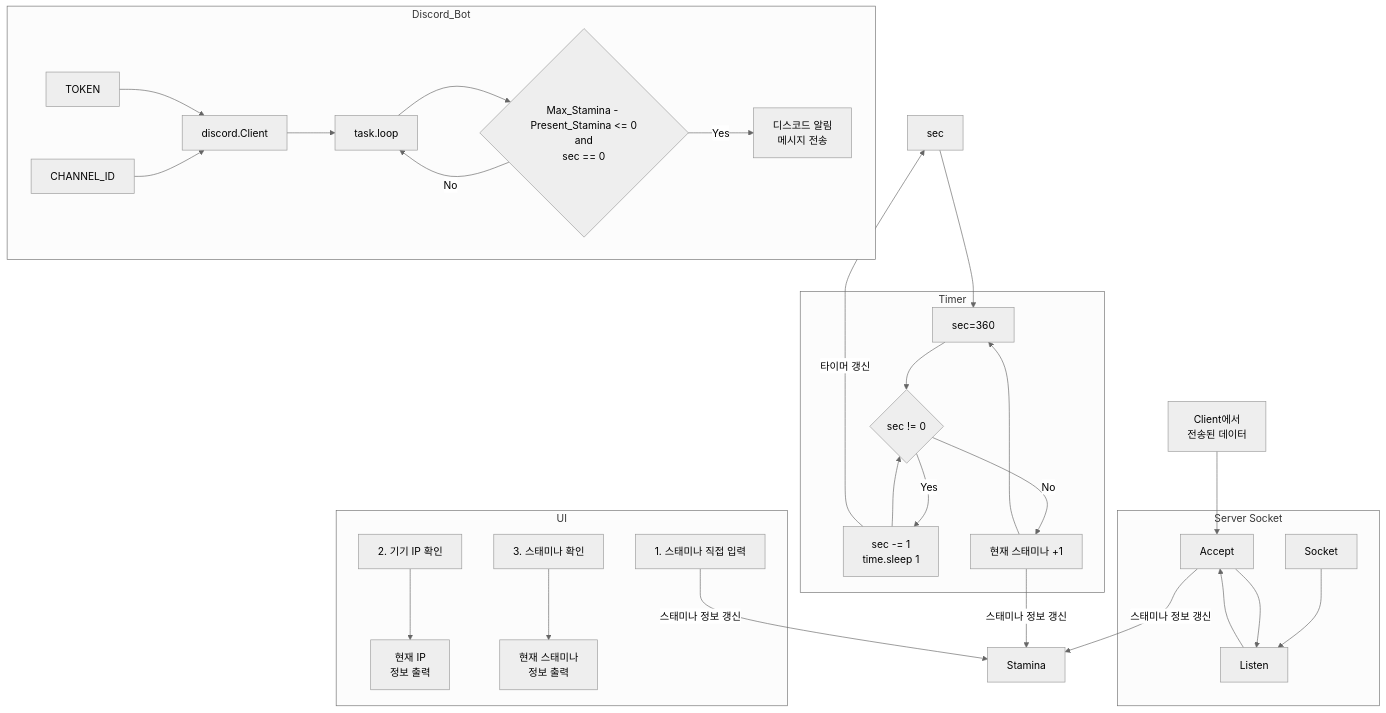
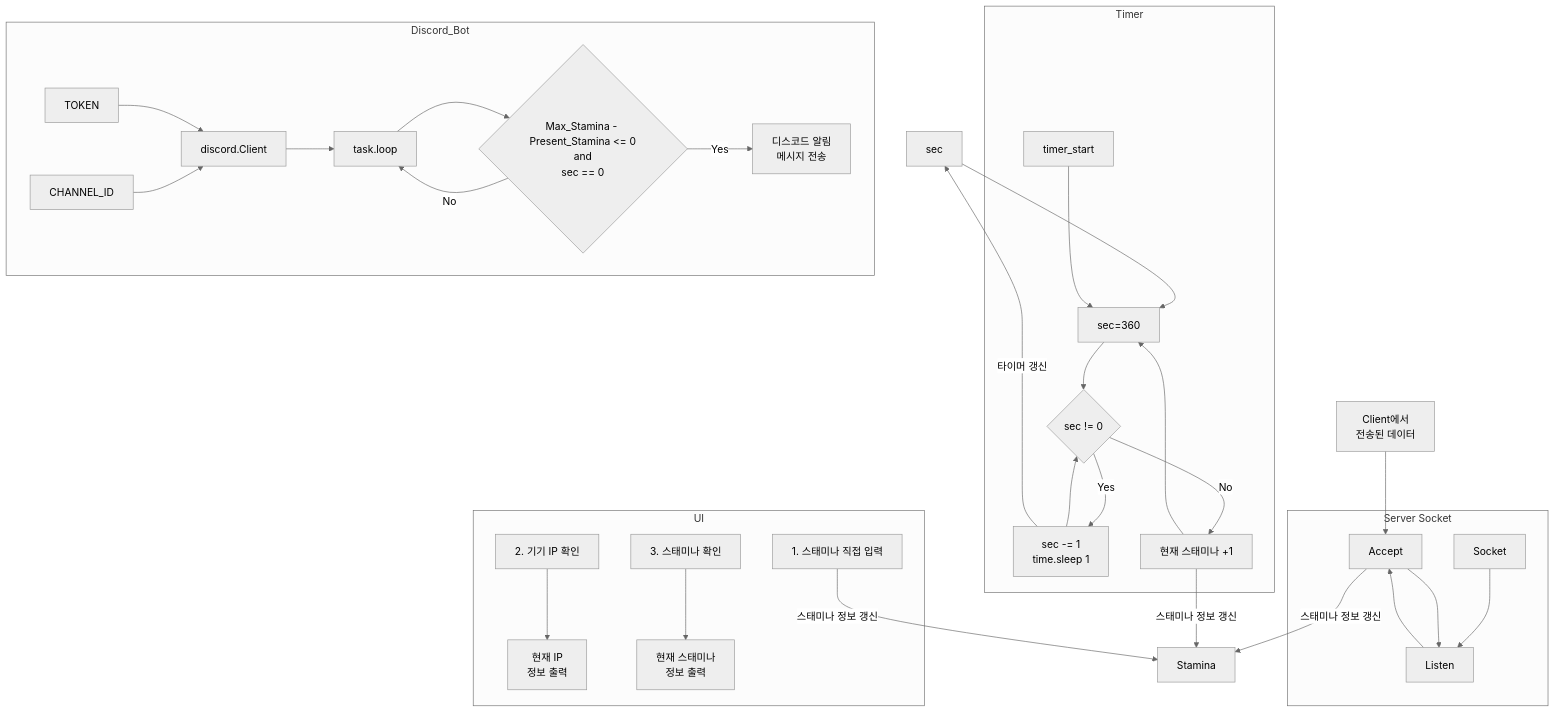
The third of 3 diagrams in README.md (201710808/Game-Stamina-Alarm), drawn with Mermaid (neutral theme) before and after one commit.

````diff
--- a/README.md
+++ b/README.md
@@ -55,40 +55,41 @@
 ```mermaid
 graph TB;
     data[Client에서\n전송된 데이터]-->Accept;
 
     subgraph Server Socket;
     Socket-->Listen;
     Listen-->Accept;
     end;
     Accept-->|스태미나 정보 갱신|Stamina;
     Accept-->Listen;
 
     sec-->sec360;
     subgraph Timer;
+    timer_start-->sec360;
     sec360[sec=360]-->condition{sec != 0};
     condition-->|"Yes"|process_time[sec -= 1\ntime.sleep 1];
     process_time-->condition;
     condition-->|"No"|sync_stamina[현재 스태미나 +1];
     sync_stamina-->sec360;
     end;
 
     process_time-->|"타이머 갱신"|sec;
     sync_stamina-->|스태미나 정보 갱신|Stamina;
 
     subgraph Discord_Bot;
     TOKEN-->Client[discord.Client];
     CHANNEL_ID-->Client;
     Client-->task.loop;
     task.loop-->discord_condition{Max_Stamina - Present_Stamina <= 0\nand\nsec == 0};
     discord_condition-->|"Yes"|discord_message[디스코드 알림\n메시지 전송]
     discord_condition-->|"No"|task.loop;
     end;
     
     subgraph UI;
     input_stamina[1. 스태미나 직접 입력];
     check_ip[2. 기기 IP 확인]-->output_ip[현재 IP\n정보 출력];
     check_stamina[3. 스태미나 확인]-->output_stamina[현재 스태미나\n정보 출력];
     
     end;
     input_stamina-->|스태미나 정보 갱신|Stamina;
 ```
````
